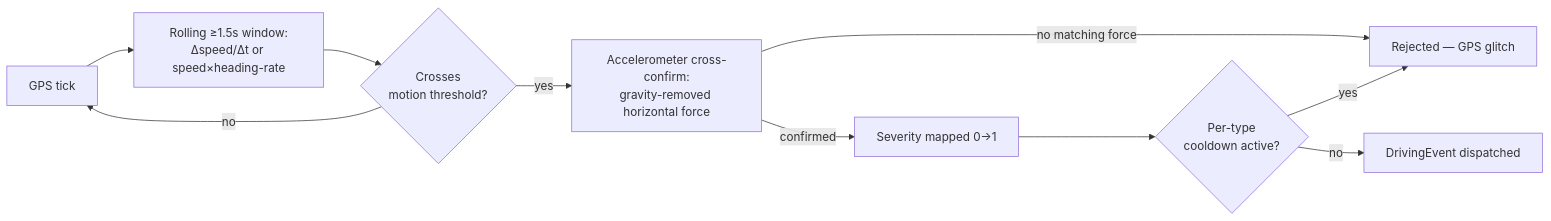
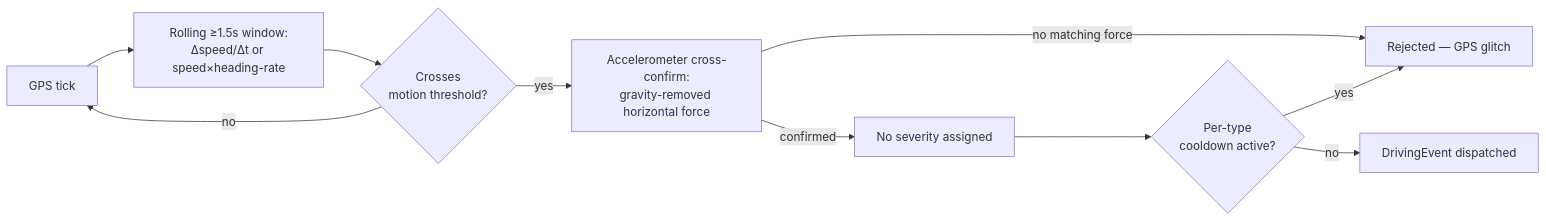
One commit to Carma-Team/carma changed the first of 2 diagrams in mobile/src/lib/driving-sdk/docs/event-detection.md. Above: the diagram before and after it, drawn with Mermaid. The commit also changed 2 other files, not shown here.

Commit message:
Address CAR-156 review round: durationMs test, gravity assertion, stale severity mentions
- New durationMs test proves the peak-streak fix: a two-streak case
  distinguishes it from the old longest-streak logic, which the
  existing single-streak test could not.
- Fixed a pre-existing regression the develop merge surfaced: a
  location-startup test still asserted on peakG, which CAR-156 already
  removed from motion events — swapped for onUpdate's accelX, the same
  live-accelerometer proof the gravity test already uses.
- Gravity test assertion compared accelX against the raw force instead
  of the post-EMA value (LPF_ALPHA settles it to 0.9x in one sample).
- Four stale severity mentions cleaned up: on()'s JSDoc @param/@example,
  the per-event log line (was printing severity=undefined on every
  motion event), and the mermaid diagram in event-detection.md.

````diff
--- a/mobile/src/lib/driving-sdk/docs/event-detection.md
+++ b/mobile/src/lib/driving-sdk/docs/event-detection.md
@@ -29,12 +29,12 @@
 ```mermaid
 flowchart LR
     A[GPS tick] --> B[Rolling ≥1.5s window:<br/>Δspeed/Δt or speed×heading-rate]
     B --> C{Crosses<br/>motion threshold?}
     C -- no --> A
     C -- yes --> D[Accelerometer cross-confirm:<br/>gravity-removed horizontal force]
     D -- no matching force --> E[Rejected — GPS glitch]
-    D -- confirmed --> F[Severity mapped 0→1]
+    D -- confirmed --> F[No severity assigned]
     F --> G{Per-type<br/>cooldown active?}
     G -- yes --> E
     G -- no --> H[DrivingEvent dispatched]
 ```
````
